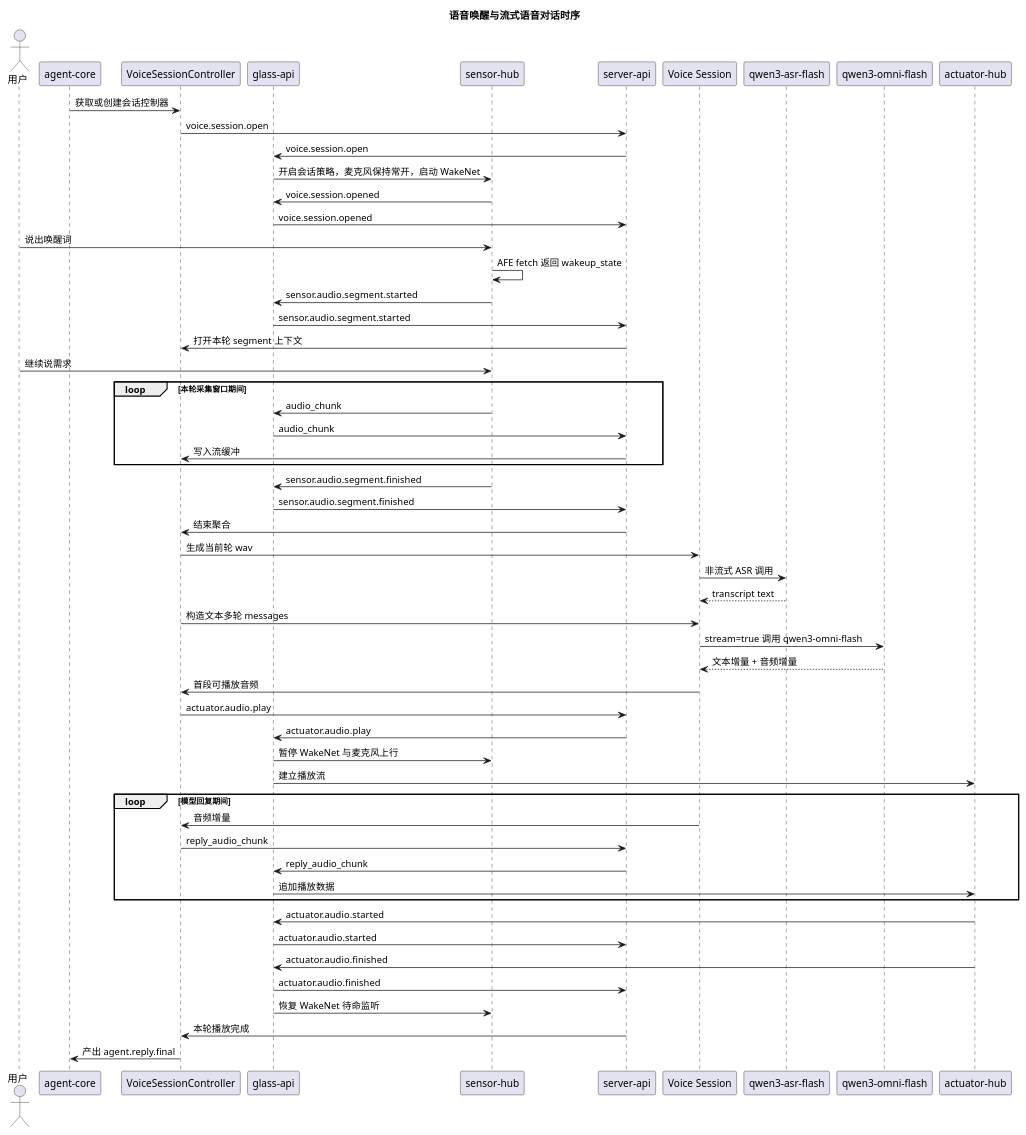
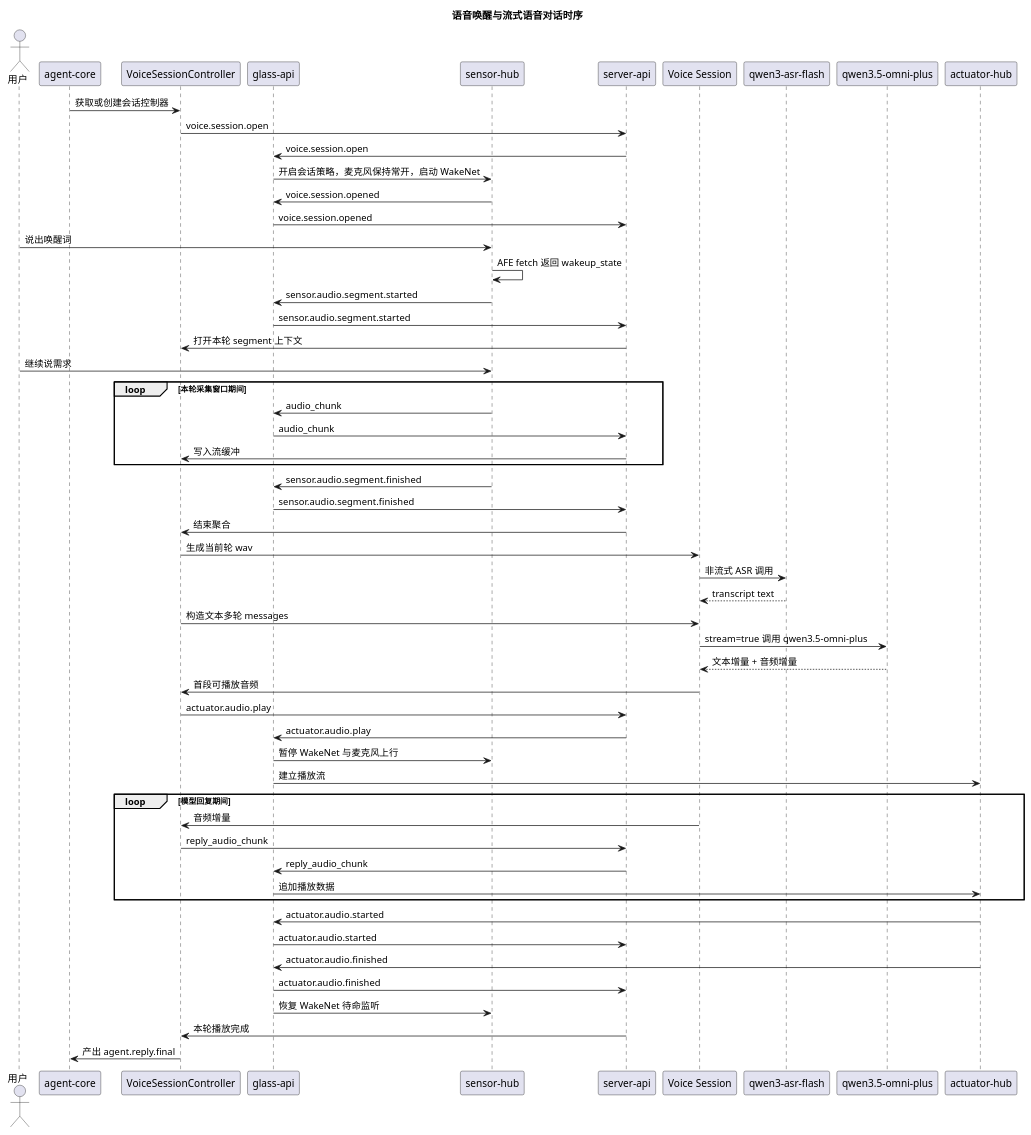
Before and after one commit to HengeLiu/RealtimeAgent: the diagram in doc/structure-design/语音对话协议与时序设计.md, drawn with PlantUML. The commit also changed other lines of this file and 9 other files, not shown here.

````diff
--- a/doc/structure-design/语音对话协议与时序设计.md
+++ b/doc/structure-design/语音对话协议与时序设计.md
@@ -528,64 +528,64 @@
 ```plantuml
 @startuml
 title 语音唤醒与流式语音对话时序
 
 actor 用户
 participant "agent-core" as ACORE
 participant "VoiceSessionController" as CTRL
 participant "glass-api" as GAPI
 participant "sensor-hub" as SHUB
 participant "server-api" as SAPI
 participant "Voice Session" as VS
 participant "qwen3-asr-flash" as ASR
-participant "qwen3-omni-flash" as LLM
+participant "qwen3.5-omni-plus" as LLM
 participant "actuator-hub" as AHUB
 
 ACORE -> CTRL : 获取或创建会话控制器
 CTRL -> SAPI : voice.session.open
 SAPI -> GAPI : voice.session.open
 GAPI -> SHUB : 开启会话策略，麦克风保持常开，启动 WakeNet
 SHUB -> GAPI : voice.session.opened
 GAPI -> SAPI : voice.session.opened
 
 用户 -> SHUB : 说出唤醒词
 SHUB -> SHUB : AFE fetch 返回 wakeup_state
 SHUB -> GAPI : sensor.audio.segment.started
 GAPI -> SAPI : sensor.audio.segment.started
 SAPI -> CTRL : 打开本轮 segment 上下文
 
 用户 -> SHUB : 继续说需求
 loop 本轮采集窗口期间
   SHUB -> GAPI : audio_chunk
   GAPI -> SAPI : audio_chunk
   SAPI -> CTRL : 写入流缓冲
 end
 
 SHUB -> GAPI : sensor.audio.segment.finished
 GAPI -> SAPI : sensor.audio.segment.finished
 SAPI -> CTRL : 结束聚合
 CTRL -> VS : 生成当前轮 wav
 VS -> ASR : 非流式 ASR 调用
 ASR --> VS : transcript text
 CTRL -> VS : 构造文本多轮 messages
-VS -> LLM : stream=true 调用 qwen3-omni-flash
+VS -> LLM : stream=true 调用 qwen3.5-omni-plus
 LLM --> VS : 文本增量 + 音频增量
 VS -> CTRL : 首段可播放音频
 CTRL -> SAPI : actuator.audio.play
 SAPI -> GAPI : actuator.audio.play
 GAPI -> SHUB : 暂停 WakeNet 与麦克风上行
 GAPI -> AHUB : 建立播放流
 loop 模型回复期间
   VS -> CTRL : 音频增量
   CTRL -> SAPI : reply_audio_chunk
   SAPI -> GAPI : reply_audio_chunk
   GAPI -> AHUB : 追加播放数据
 end
 AHUB -> GAPI : actuator.audio.started
 GAPI -> SAPI : actuator.audio.started
 AHUB -> GAPI : actuator.audio.finished
 GAPI -> SAPI : actuator.audio.finished
 GAPI -> SHUB : 恢复 WakeNet 待命监听
 SAPI -> CTRL : 本轮播放完成
 CTRL -> ACORE : 产出 agent.reply.final
 @enduml
 ```
````
